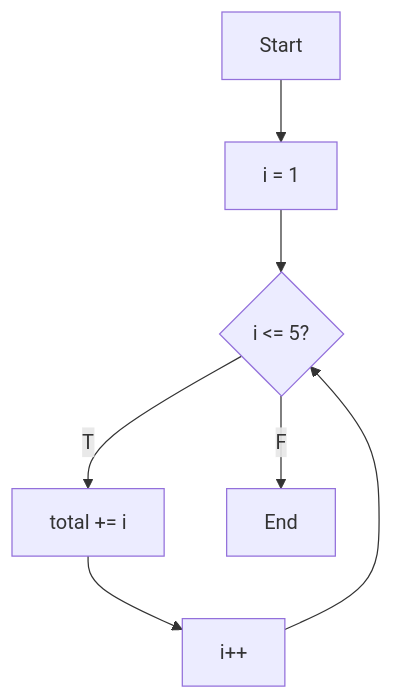
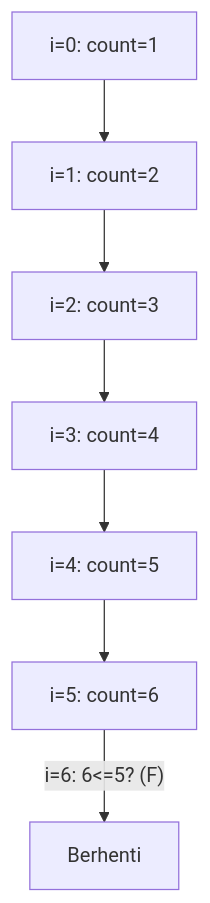
The third of 9 diagrams in part-c-pemahaman-cpp/03-perulangan/latihan/set-01.md (amnahwaida/OSNK_INF_PREP), drawn with Mermaid before and after one commit. The commit also changed other lines of this file and 30 other files, not shown here.

Commit message:
✨ Premium Overhaul: Modul 05 (Rekursi) & 06 (Bitwise) - 100 soal baru dengan Mermaid Call Stack & Bit-Grid diagrams

````diff
--- a/part-c-pemahaman-cpp/03-perulangan/latihan/set-01.md
+++ b/part-c-pemahaman-cpp/03-perulangan/latihan/set-01.md
@@ -28,9 +113,9 @@
 ```mermaid
 graph TD
-Start --> Init["i = 1"]
-Init --> Cond{"i <= 5?"}
-Cond -- T --> Body["total += i"]
-Body --> Inc["i++"]
-Inc --> Cond
-Cond -- F --> End
+A["i=0: count=1"] --> B["i=1: count=2"]
+B --> C["i=2: count=3"]
+C --> D["i=3: count=4"]
+D --> E["i=4: count=5"]
+E --> F["i=5: count=6"]
+F -- "i=6: 6<=5? (F)" --> End["Berhenti"]
 ```
````
